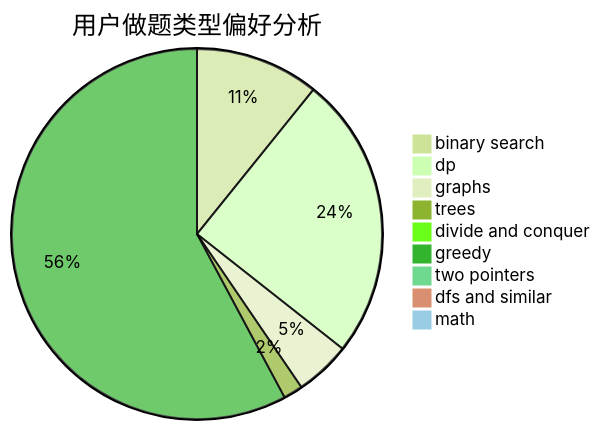
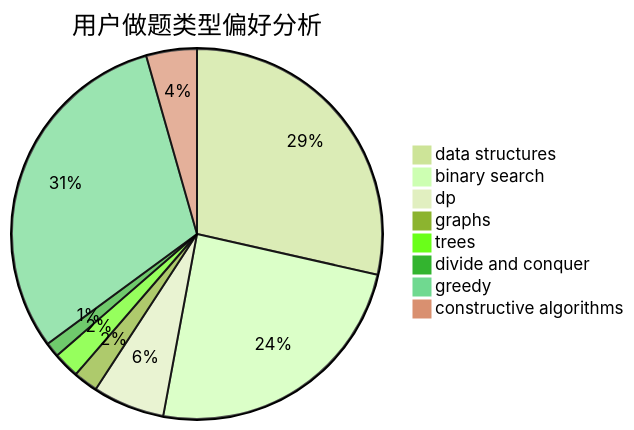
One commit to sherpahu/cfrs.github.io changed the second of 3 diagrams in docs/user/u1240.md. Above: the diagram before and after it, drawn with Mermaid (forest theme). The commit also changed other lines of this file and 2775 other files, not shown here.

````diff
--- a/docs/user/u1240.md
+++ b/docs/user/u1240.md
@@ -23,12 +23,11 @@
 ```mermaid
 pie title 用户做题类型偏好分析
-    "binary search" :  198
-    "dp" :  455
-    "graphs" :  89
-    "trees" :  31
+    "data structures" :  200
+    "binary search" :  171
+    "dp" :  44
+    "graphs" :  15
+    "trees" :  16
     "divide and conquer" :  9
-    "greedy" :  1060
-    "two pointers" :  10
-    "dfs and similar" :  14
-    "math" :  14
+    "greedy" :  215
+    "constructive algorithms" :  31
 ```
````
